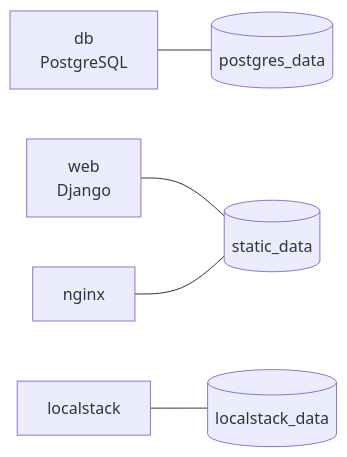
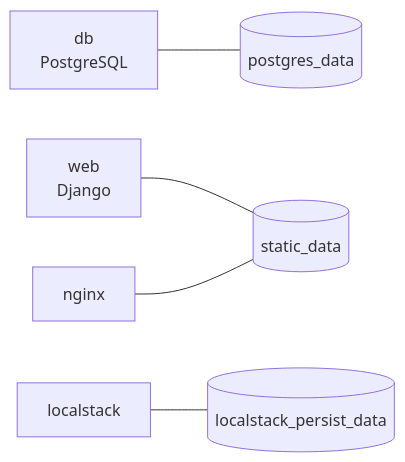
One commit to analaress/django-upload-docker changed the eighth of 8 diagrams in docs/arquitetura.md. Above: the diagram before and after it, drawn with Mermaid. The commit also changed other lines of this file and 14 other files, not shown here.

````diff
--- a/docs/arquitetura.md
+++ b/docs/arquitetura.md
@@ -365,7 +365,7 @@
 ```mermaid
 flowchart LR
     db["db<br/>PostgreSQL"] --- pg[("postgres_data")]
     web["web<br/>Django"] --- st[("static_data")]
     nginx["nginx"] --- st
-    localstack["localstack"] --- ls[("localstack_data")]
+    localstack["localstack"] --- ls[("localstack_persist_data")]
 ```
````
